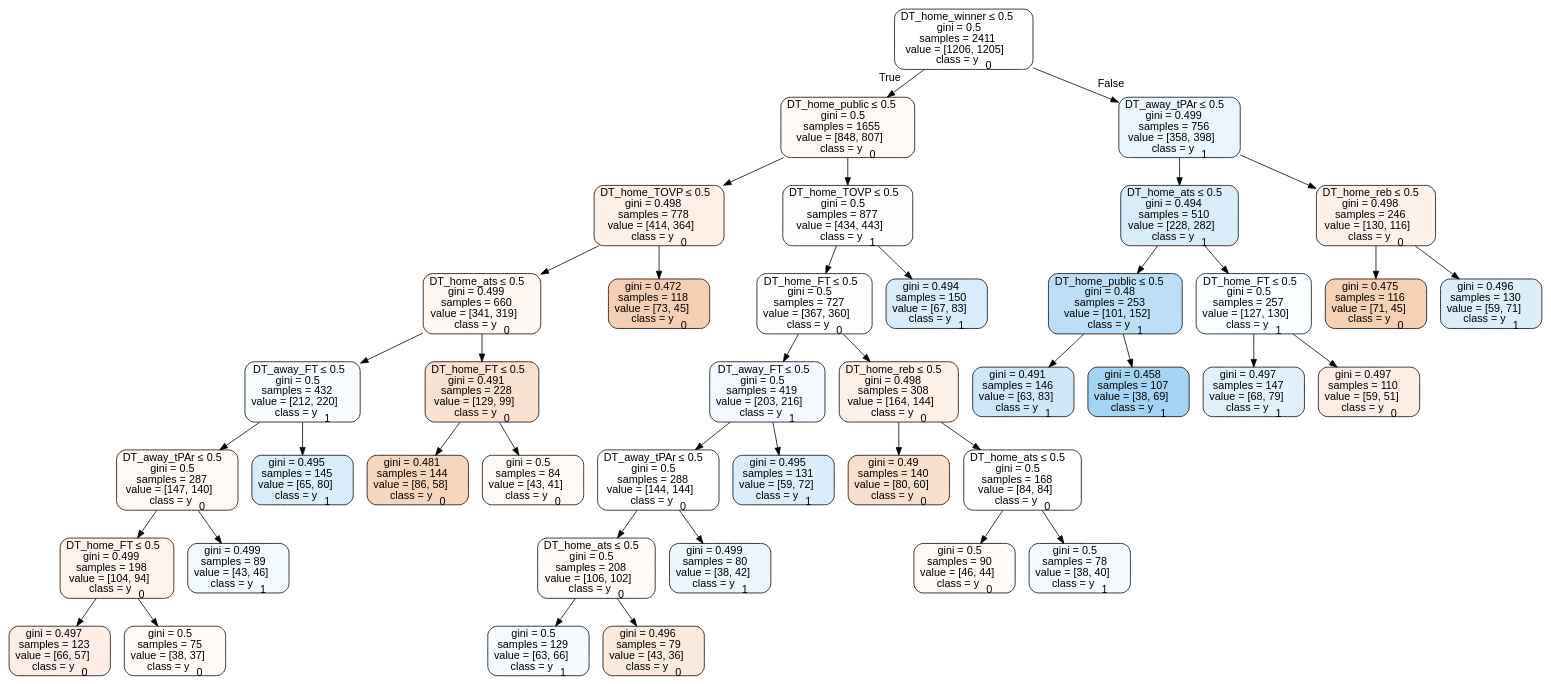
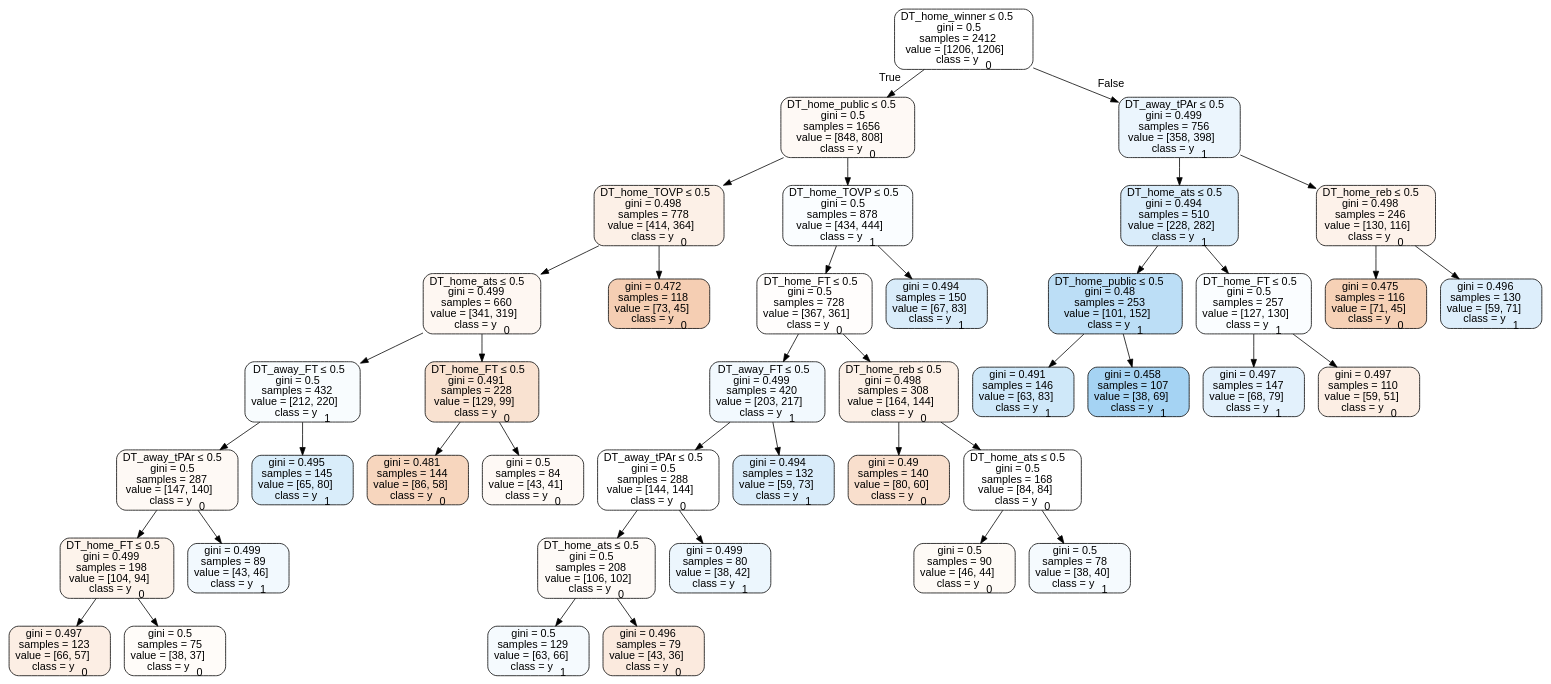
One commit to usbogie/ncaa-bets changed the diagram in Basketball/data/trees/tree2014neutral.dot. Above: the diagram before and after it, drawn with Graphviz. The commit also changed 29 other files, not shown here.

```diff
--- a/Basketball/data/trees/tree2014neutral.dot
+++ b/Basketball/data/trees/tree2014neutral.dot
@@ -1,85 +1,85 @@
 digraph Tree {
 node [shape=box, style="filled, rounded", color="black", fontname=helvetica] ;
 edge [fontname=helvetica] ;
-0 [label=<DT_home_winner &le; 0.5<br/>gini = 0.5<br/>samples = 2411<br/>value = [1206, 1205]<br/>class = y<SUB>0</SUB>>, fillcolor="#e5813900"] ;
-1 [label=<DT_home_public &le; 0.5<br/>gini = 0.5<br/>samples = 1655<br/>value = [848, 807]<br/>class = y<SUB>0</SUB>>, fillcolor="#e581390c"] ;
+0 [label=<DT_home_winner &le; 0.5<br/>gini = 0.5<br/>samples = 2412<br/>value = [1206, 1206]<br/>class = y<SUB>0</SUB>>, fillcolor="#e5813900"] ;
+1 [label=<DT_home_public &le; 0.5<br/>gini = 0.5<br/>samples = 1656<br/>value = [848, 808]<br/>class = y<SUB>0</SUB>>, fillcolor="#e581390c"] ;
 0 -> 1 [labeldistance=2.5, labelangle=45, headlabel="True"] ;
 2 [label=<DT_home_TOVP &le; 0.5<br/>gini = 0.498<br/>samples = 778<br/>value = [414, 364]<br/>class = y<SUB>0</SUB>>, fillcolor="#e581391f"] ;
 1 -> 2 ;
 3 [label=<DT_home_ats &le; 0.5<br/>gini = 0.499<br/>samples = 660<br/>value = [341, 319]<br/>class = y<SUB>0</SUB>>, fillcolor="#e5813910"] ;
 2 -> 3 ;
 4 [label=<DT_away_FT &le; 0.5<br/>gini = 0.5<br/>samples = 432<br/>value = [212, 220]<br/>class = y<SUB>1</SUB>>, fillcolor="#399de509"] ;
 3 -> 4 ;
 5 [label=<DT_away_tPAr &le; 0.5<br/>gini = 0.5<br/>samples = 287<br/>value = [147, 140]<br/>class = y<SUB>0</SUB>>, fillcolor="#e581390c"] ;
 4 -> 5 ;
 6 [label=<DT_home_FT &le; 0.5<br/>gini = 0.499<br/>samples = 198<br/>value = [104, 94]<br/>class = y<SUB>0</SUB>>, fillcolor="#e5813919"] ;
 5 -> 6 ;
 7 [label=<gini = 0.497<br/>samples = 123<br/>value = [66, 57]<br/>class = y<SUB>0</SUB>>, fillcolor="#e5813923"] ;
 6 -> 7 ;
 8 [label=<gini = 0.5<br/>samples = 75<br/>value = [38, 37]<br/>class = y<SUB>0</SUB>>, fillcolor="#e5813907"] ;
 6 -> 8 ;
 9 [label=<gini = 0.499<br/>samples = 89<br/>value = [43, 46]<br/>class = y<SUB>1</SUB>>, fillcolor="#399de511"] ;
 5 -> 9 ;
 10 [label=<gini = 0.495<br/>samples = 145<br/>value = [65, 80]<br/>class = y<SUB>1</SUB>>, fillcolor="#399de530"] ;
 4 -> 10 ;
 11 [label=<DT_home_FT &le; 0.5<br/>gini = 0.491<br/>samples = 228<br/>value = [129, 99]<br/>class = y<SUB>0</SUB>>, fillcolor="#e581393b"] ;
 3 -> 11 ;
 12 [label=<gini = 0.481<br/>samples = 144<br/>value = [86, 58]<br/>class = y<SUB>0</SUB>>, fillcolor="#e5813953"] ;
 11 -> 12 ;
 13 [label=<gini = 0.5<br/>samples = 84<br/>value = [43, 41]<br/>class = y<SUB>0</SUB>>, fillcolor="#e581390c"] ;
 11 -> 13 ;
 14 [label=<gini = 0.472<br/>samples = 118<br/>value = [73, 45]<br/>class = y<SUB>0</SUB>>, fillcolor="#e5813962"] ;
 2 -> 14 ;
-15 [label=<DT_home_TOVP &le; 0.5<br/>gini = 0.5<br/>samples = 877<br/>value = [434, 443]<br/>class = y<SUB>1</SUB>>, fillcolor="#399de505"] ;
+15 [label=<DT_home_TOVP &le; 0.5<br/>gini = 0.5<br/>samples = 878<br/>value = [434, 444]<br/>class = y<SUB>1</SUB>>, fillcolor="#399de506"] ;
 1 -> 15 ;
-16 [label=<DT_home_FT &le; 0.5<br/>gini = 0.5<br/>samples = 727<br/>value = [367, 360]<br/>class = y<SUB>0</SUB>>, fillcolor="#e5813905"] ;
+16 [label=<DT_home_FT &le; 0.5<br/>gini = 0.5<br/>samples = 728<br/>value = [367, 361]<br/>class = y<SUB>0</SUB>>, fillcolor="#e5813904"] ;
 15 -> 16 ;
-17 [label=<DT_away_FT &le; 0.5<br/>gini = 0.5<br/>samples = 419<br/>value = [203, 216]<br/>class = y<SUB>1</SUB>>, fillcolor="#399de50f"] ;
+17 [label=<DT_away_FT &le; 0.5<br/>gini = 0.499<br/>samples = 420<br/>value = [203, 217]<br/>class = y<SUB>1</SUB>>, fillcolor="#399de510"] ;
 16 -> 17 ;
 18 [label=<DT_away_tPAr &le; 0.5<br/>gini = 0.5<br/>samples = 288<br/>value = [144, 144]<br/>class = y<SUB>0</SUB>>, fillcolor="#e5813900"] ;
 17 -> 18 ;
 19 [label=<DT_home_ats &le; 0.5<br/>gini = 0.5<br/>samples = 208<br/>value = [106, 102]<br/>class = y<SUB>0</SUB>>, fillcolor="#e581390a"] ;
 18 -> 19 ;
 20 [label=<gini = 0.5<br/>samples = 129<br/>value = [63, 66]<br/>class = y<SUB>1</SUB>>, fillcolor="#399de50c"] ;
 19 -> 20 ;
 21 [label=<gini = 0.496<br/>samples = 79<br/>value = [43, 36]<br/>class = y<SUB>0</SUB>>, fillcolor="#e581392a"] ;
 19 -> 21 ;
 22 [label=<gini = 0.499<br/>samples = 80<br/>value = [38, 42]<br/>class = y<SUB>1</SUB>>, fillcolor="#399de518"] ;
 18 -> 22 ;
-23 [label=<gini = 0.495<br/>samples = 131<br/>value = [59, 72]<br/>class = y<SUB>1</SUB>>, fillcolor="#399de52e"] ;
+23 [label=<gini = 0.494<br/>samples = 132<br/>value = [59, 73]<br/>class = y<SUB>1</SUB>>, fillcolor="#399de531"] ;
 17 -> 23 ;
 24 [label=<DT_home_reb &le; 0.5<br/>gini = 0.498<br/>samples = 308<br/>value = [164, 144]<br/>class = y<SUB>0</SUB>>, fillcolor="#e581391f"] ;
 16 -> 24 ;
 25 [label=<gini = 0.49<br/>samples = 140<br/>value = [80, 60]<br/>class = y<SUB>0</SUB>>, fillcolor="#e5813940"] ;
 24 -> 25 ;
 26 [label=<DT_home_ats &le; 0.5<br/>gini = 0.5<br/>samples = 168<br/>value = [84, 84]<br/>class = y<SUB>0</SUB>>, fillcolor="#e5813900"] ;
 24 -> 26 ;
 27 [label=<gini = 0.5<br/>samples = 90<br/>value = [46, 44]<br/>class = y<SUB>0</SUB>>, fillcolor="#e581390b"] ;
 26 -> 27 ;
 28 [label=<gini = 0.5<br/>samples = 78<br/>value = [38, 40]<br/>class = y<SUB>1</SUB>>, fillcolor="#399de50d"] ;
 26 -> 28 ;
 29 [label=<gini = 0.494<br/>samples = 150<br/>value = [67, 83]<br/>class = y<SUB>1</SUB>>, fillcolor="#399de531"] ;
 15 -> 29 ;
 30 [label=<DT_away_tPAr &le; 0.5<br/>gini = 0.499<br/>samples = 756<br/>value = [358, 398]<br/>class = y<SUB>1</SUB>>, fillcolor="#399de51a"] ;
 0 -> 30 [labeldistance=2.5, labelangle=-45, headlabel="False"] ;
 31 [label=<DT_home_ats &le; 0.5<br/>gini = 0.494<br/>samples = 510<br/>value = [228, 282]<br/>class = y<SUB>1</SUB>>, fillcolor="#399de531"] ;
 30 -> 31 ;
 32 [label=<DT_home_public &le; 0.5<br/>gini = 0.48<br/>samples = 253<br/>value = [101, 152]<br/>class = y<SUB>1</SUB>>, fillcolor="#399de556"] ;
 31 -> 32 ;
 33 [label=<gini = 0.491<br/>samples = 146<br/>value = [63, 83]<br/>class = y<SUB>1</SUB>>, fillcolor="#399de53d"] ;
 32 -> 33 ;
 34 [label=<gini = 0.458<br/>samples = 107<br/>value = [38, 69]<br/>class = y<SUB>1</SUB>>, fillcolor="#399de573"] ;
 32 -> 34 ;
 35 [label=<DT_home_FT &le; 0.5<br/>gini = 0.5<br/>samples = 257<br/>value = [127, 130]<br/>class = y<SUB>1</SUB>>, fillcolor="#399de506"] ;
 31 -> 35 ;
 36 [label=<gini = 0.497<br/>samples = 147<br/>value = [68, 79]<br/>class = y<SUB>1</SUB>>, fillcolor="#399de524"] ;
 35 -> 36 ;
 37 [label=<gini = 0.497<br/>samples = 110<br/>value = [59, 51]<br/>class = y<SUB>0</SUB>>, fillcolor="#e5813923"] ;
 35 -> 37 ;
 38 [label=<DT_home_reb &le; 0.5<br/>gini = 0.498<br/>samples = 246<br/>value = [130, 116]<br/>class = y<SUB>0</SUB>>, fillcolor="#e581391b"] ;
 30 -> 38 ;
 39 [label=<gini = 0.475<br/>samples = 116<br/>value = [71, 45]<br/>class = y<SUB>0</SUB>>, fillcolor="#e581395d"] ;
 38 -> 39 ;
 40 [label=<gini = 0.496<br/>samples = 130<br/>value = [59, 71]<br/>class = y<SUB>1</SUB>>, fillcolor="#399de52b"] ;
 38 -> 40 ;
 }
```
